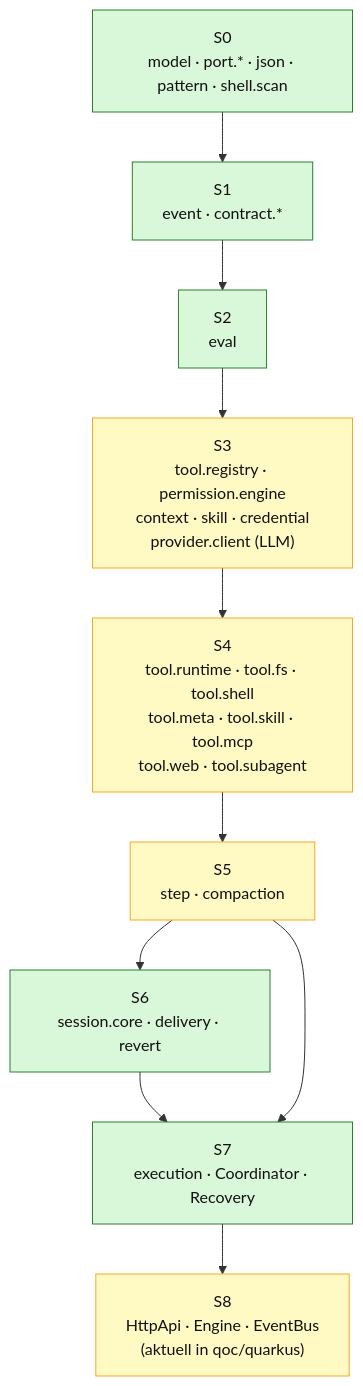
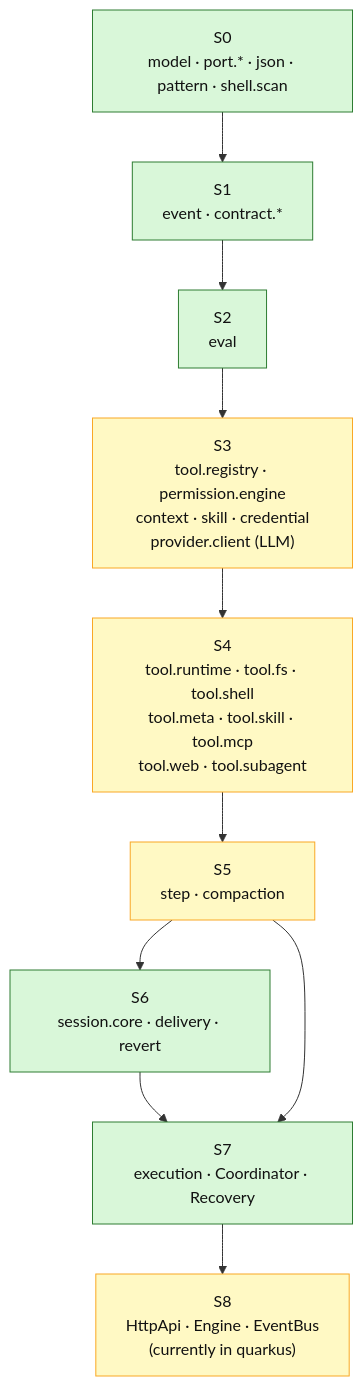
The first of 2 diagrams in docs/diagrams/06-dependencies.md (augmentia-de/QOC), drawn with Mermaid before and after one commit. The commit also changed other lines of this file and 71 other files, not shown here.

````diff
--- a/docs/diagrams/06-dependencies.md
+++ b/docs/diagrams/06-dependencies.md
@@ -11,18 +11,18 @@
 ```mermaid
 flowchart TD
   S0["S0<br/>model · port.* · json · pattern · shell.scan"]:::det
   S1["S1<br/>event · contract.*"]:::det
   S2["S2<br/>eval"]:::det
   S3["S3<br/>tool.registry · permission.engine<br/>context · skill · credential<br/>provider.client (LLM)"]:::mixed
   S4["S4<br/>tool.runtime · tool.fs · tool.shell<br/>tool.meta · tool.skill · tool.mcp<br/>tool.web · tool.subagent"]:::mixed
   S5["S5<br/>step · compaction"]:::mixed
   S6["S6<br/>session.core · delivery · revert"]:::det
   S7["S7<br/>execution · Coordinator · Recovery"]:::det
-  S8["S8<br/>HttpApi · Engine · EventBus<br/>(aktuell in qoc/quarkus)"]:::mixed
+  S8["S8<br/>HttpApi · Engine · EventBus<br/>(currently in quarkus)"]:::mixed
 
   S0 --> S1 --> S2 --> S3 --> S4 --> S5 --> S6 --> S7 --> S8
   S5 --> S7
 
   classDef det fill:#d9f7d9,stroke:#2e7d32,stroke-width:1px,color:#111;
   classDef mixed fill:#fff9c4,stroke:#f9a825,stroke-width:1px,color:#111;
 ```
````
